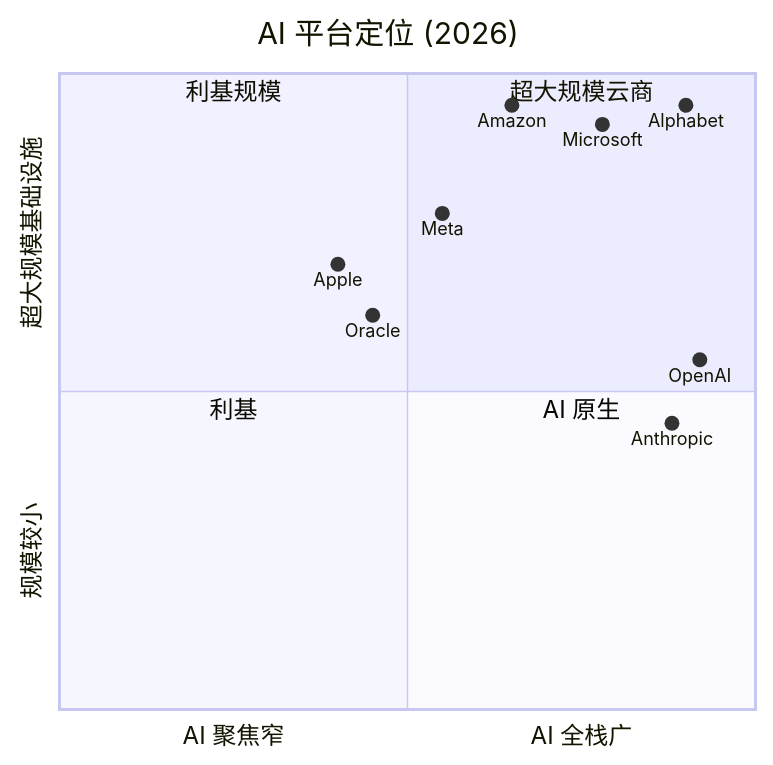
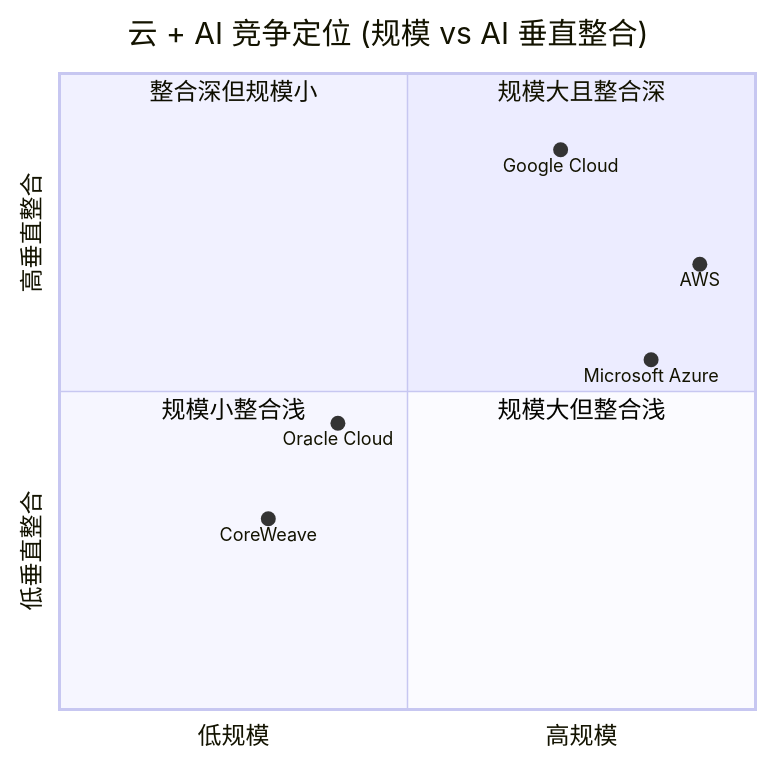
The third of 3 diagrams in reports/company/Alphabet_NASDAQ_GOOG/Alphabet_NASDAQ_GOOG_公司研究.md (dadachundan/financial_agent), drawn with Mermaid before and after one commit. The commit also changed other lines of this file and 16 other files, not shown here.

````diff
--- a/reports/company/Alphabet_NASDAQ_GOOG/Alphabet_NASDAQ_GOOG_公司研究.md
+++ b/reports/company/Alphabet_NASDAQ_GOOG/Alphabet_NASDAQ_GOOG_公司研究.md
@@ -347,18 +347,15 @@
 ```mermaid
 quadrantChart
-    title AI 平台定位 (2026)
-    x-axis "AI 聚焦窄" --> "AI 全栈广"
-    y-axis "规模较小" --> "超大规模基础设施"
-    quadrant-1 超大规模云商
-    quadrant-2 利基规模
-    quadrant-3 利基
-    quadrant-4 AI 原生
-    Alphabet: [0.90, 0.95]
-    Microsoft: [0.78, 0.92]
-    Amazon: [0.65, 0.95]
-    Meta: [0.55, 0.78]
-    OpenAI: [0.92, 0.55]
-    Anthropic: [0.88, 0.45]
-    Oracle: [0.45, 0.62]
-    Apple: [0.40, 0.70]
+    title 云 + AI 竞争定位 (规模 vs AI 垂直整合)
+    x-axis 低规模 --> 高规模
+    y-axis 低垂直整合 --> 高垂直整合
+    quadrant-1 规模大且整合深
+    quadrant-2 整合深但规模小
+    quadrant-3 规模小整合浅
+    quadrant-4 规模大但整合浅
+    Google Cloud: [0.72, 0.88]
+    AWS: [0.92, 0.70]
+    Microsoft Azure: [0.85, 0.55]
+    Oracle Cloud: [0.40, 0.45]
+    CoreWeave: [0.30, 0.30]
 ```
````
